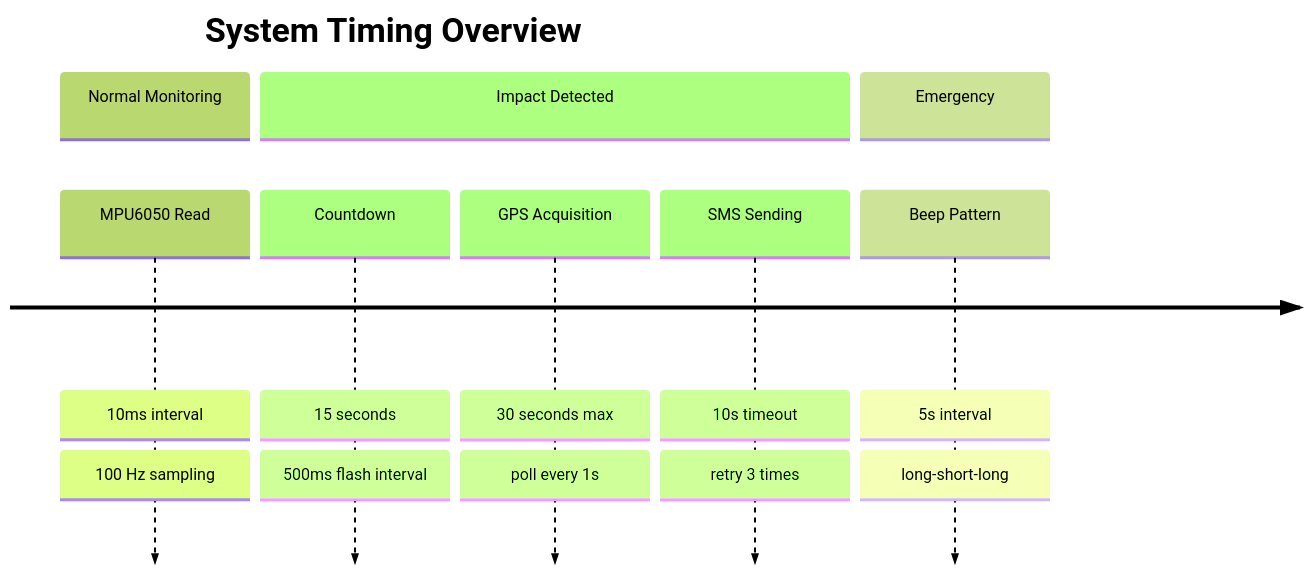
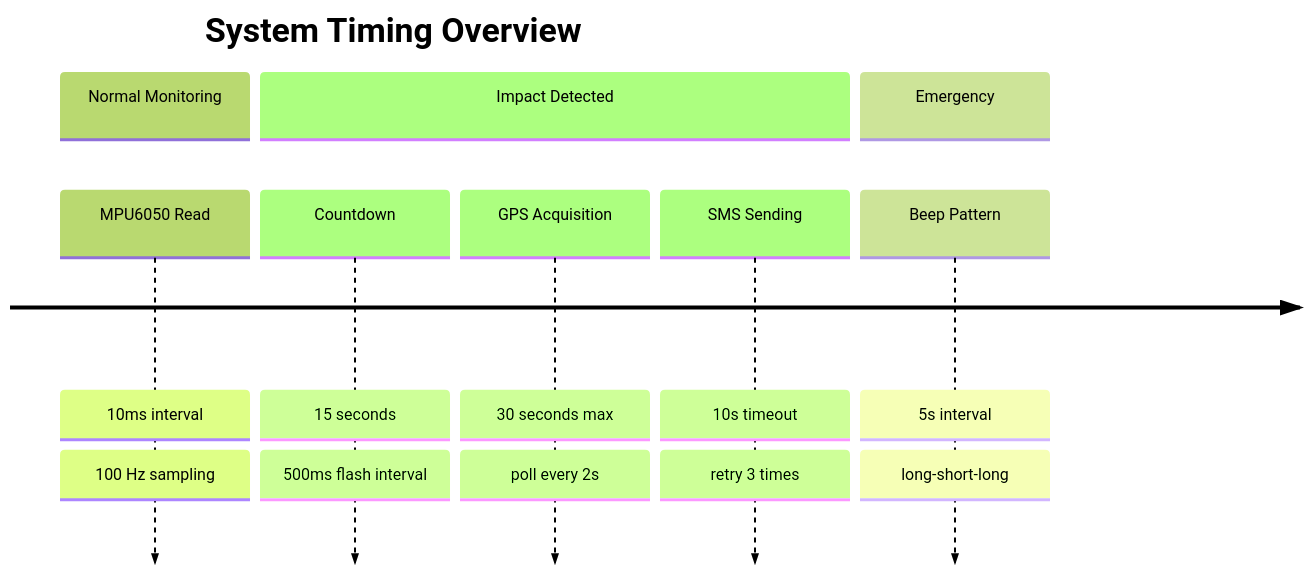
The fifth of 8 diagrams in docs/SYSTEM-ARCHITECTURE.md (qppd/smart-vehicle-impact-detection-device), drawn with Mermaid (forest theme) before and after one commit. The commit also changed other lines of this file and 10 other files, not shown here.

````diff
--- a/docs/SYSTEM-ARCHITECTURE.md
+++ b/docs/SYSTEM-ARCHITECTURE.md
@@ -136,12 +138,12 @@
 ```mermaid
 timeline
     title System Timing Overview
     section Normal Monitoring
       MPU6050 Read : 10ms interval : 100 Hz sampling
     section Impact Detected
       Countdown : 15 seconds : 500ms flash interval
-      GPS Acquisition : 30 seconds max : poll every 1s
+      GPS Acquisition : 30 seconds max : poll every 2s
       SMS Sending : 10s timeout : retry 3 times
     section Emergency
       Beep Pattern : 5s interval : long-short-long
 ```
````
